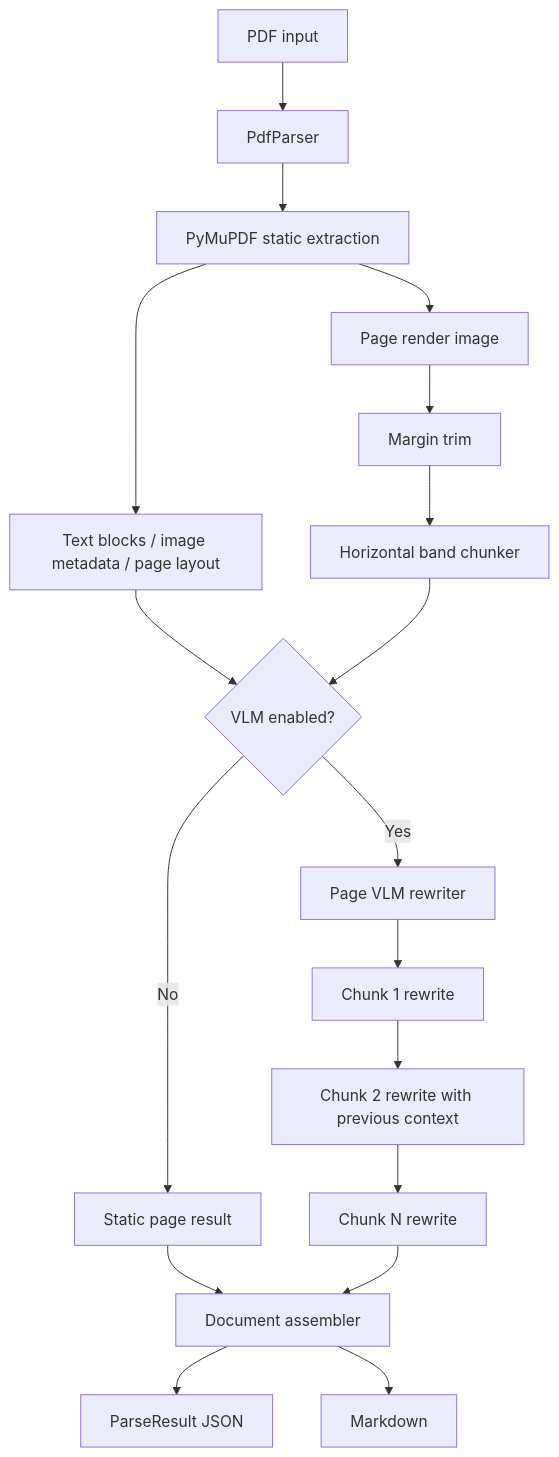
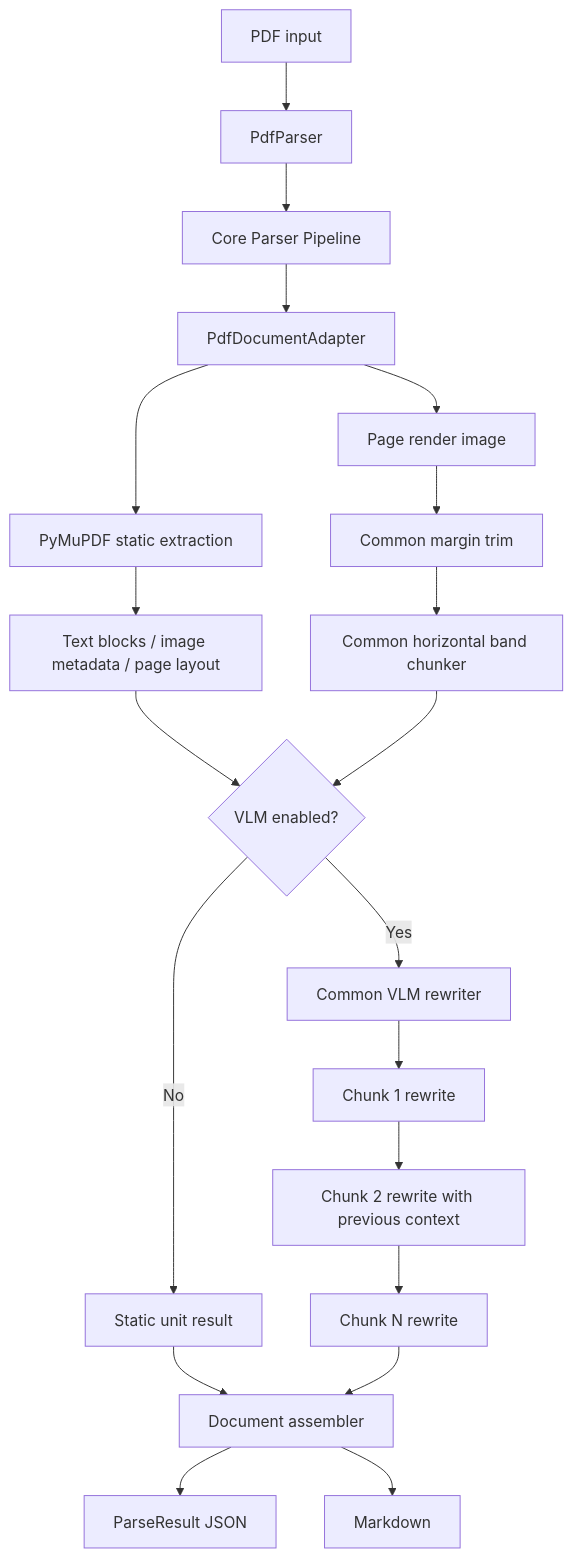
One commit to hkjeon13/vlm-parser changed the diagram in docs/superpowers/specs/2026-06-13-pdf-vlm-parser-design.md. Above: the diagram before and after it, drawn with Mermaid. The commit also changed other lines of this file, not shown here.

Commit message:
docs: split parser design into core and pdf adapter

````diff
--- a/docs/superpowers/specs/2026-06-13-pdf-vlm-parser-design.md
+++ b/docs/superpowers/specs/2026-06-13-pdf-vlm-parser-design.md
@@ -34,23 +38,25 @@
 ```mermaid
 flowchart TD
     A["PDF input"] --> B["PdfParser"]
-    B --> C["PyMuPDF static extraction"]
-    C --> D["Text blocks / image metadata / page layout"]
-    C --> E["Page render image"]
-    E --> F["Margin trim"]
-    F --> G["Horizontal band chunker"]
+    B --> C["Core Parser Pipeline"]
+    C --> D["PdfDocumentAdapter"]
+    D --> E["PyMuPDF static extraction"]
+    E --> F["Text blocks / image metadata / page layout"]
+    D --> G["Page render image"]
+    G --> H["Common margin trim"]
+    H --> I["Common horizontal band chunker"]
 
-    D --> H{"VLM enabled?"}
-    G --> H
+    F --> J{"VLM enabled?"}
+    I --> J
 
-    H -- "No" --> I["Static page result"]
-    H -- "Yes" --> J["Page VLM rewriter"]
-    J --> K["Chunk 1 rewrite"]
-    K --> L["Chunk 2 rewrite with previous context"]
-    L --> M["Chunk N rewrite"]
+    J -- "No" --> K["Static unit result"]
+    J -- "Yes" --> L["Common VLM rewriter"]
+    L --> M["Chunk 1 rewrite"]
+    M --> N["Chunk 2 rewrite with previous context"]
+    N --> O["Chunk N rewrite"]
 
-    I --> N["Document assembler"]
-    M --> N
-    N --> O["ParseResult JSON"]
-    N --> P["Markdown"]
+    K --> P["Document assembler"]
+    O --> P
+    P --> Q["ParseResult JSON"]
+    P --> R["Markdown"]
 ```
````
